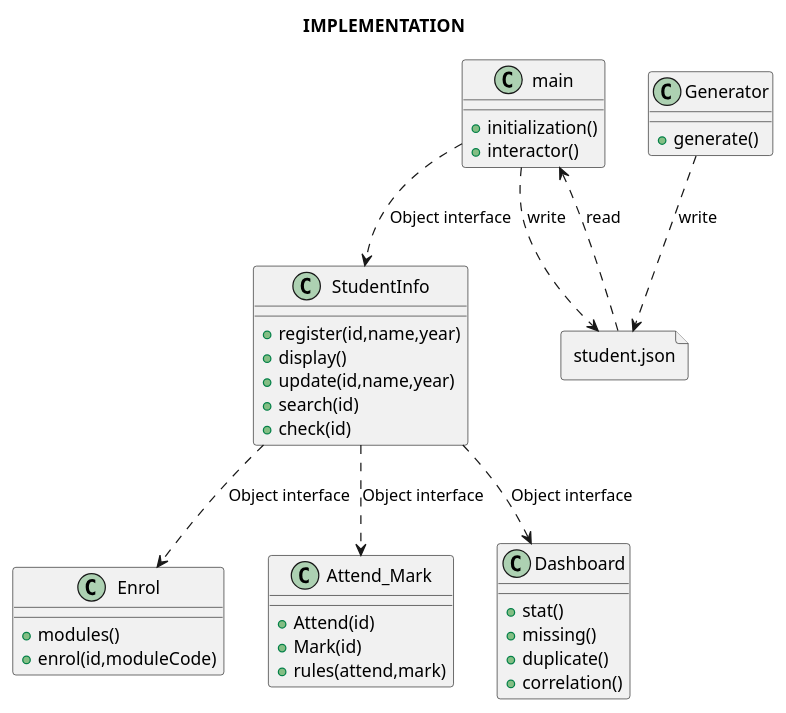
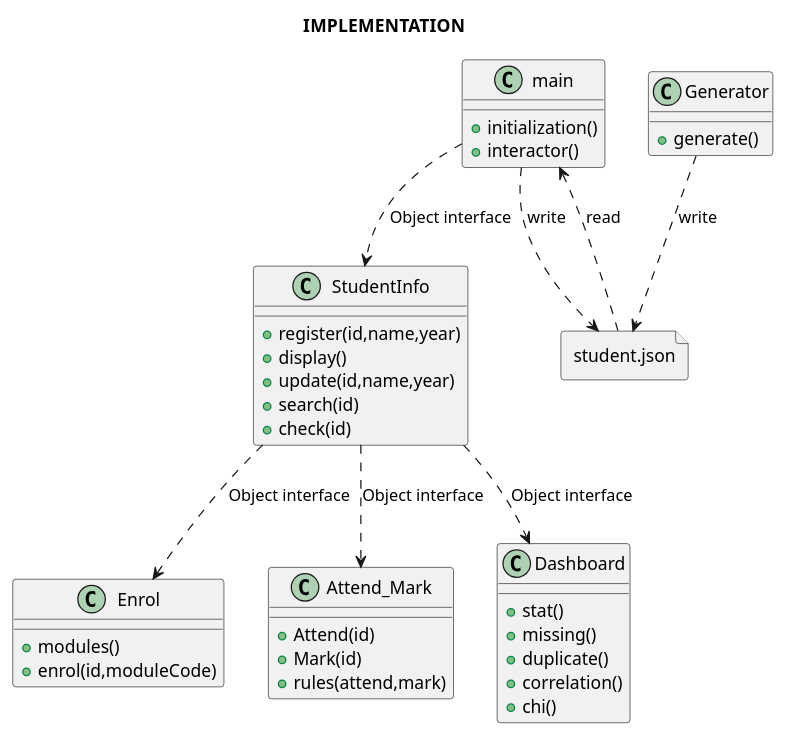
The diagram in doc/structure.puml (WeiZheng-G/UniversityManagementSystem), drawn with PlantUML before and after one commit. The commit also changed 6 other files, not shown here.

```diff
--- a/doc/structure.puml
+++ b/doc/structure.puml
@@ -1,44 +1,45 @@
 @startuml structure
 allowmixing
 title IMPLEMENTATION
 class main {
     +initialization()
     +interactor()
 }
 class StudentInfo {
     +register(id,name,year)
     +display()
     +update(id,name,year)
     +search(id)
     +check(id)
 }
 class Enrol {
     +modules()
     +enrol(id,moduleCode)
 }
 class Attend_Mark{
     +Attend(id)
     +Mark(id)
     +rules(attend,mark)
 }
 class Dashboard{
     +stat()
     +missing()
     +duplicate()
     +correlation()
+    +chi()
 }
 class Generator{
     +generate()
 }
 
 ' Interface
 main ..> StudentInfo : Object interface
 StudentInfo ..> Enrol: Object interface
 StudentInfo ..> Attend_Mark: Object interface
 StudentInfo ..> Dashboard: Object interface
 ' json
 file "student.json" as JSON
 JSON ..> main : read
 main ..> JSON : write
 Generator ..> JSON : write
 @enduml
```
